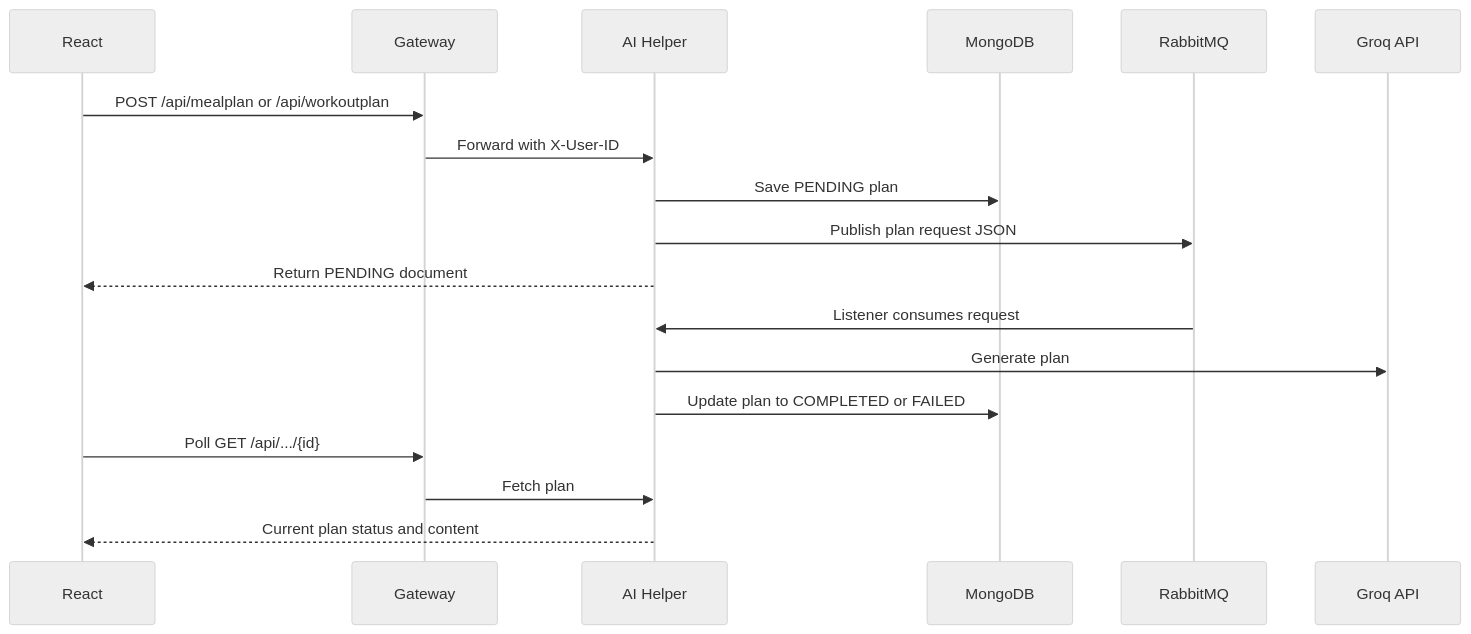
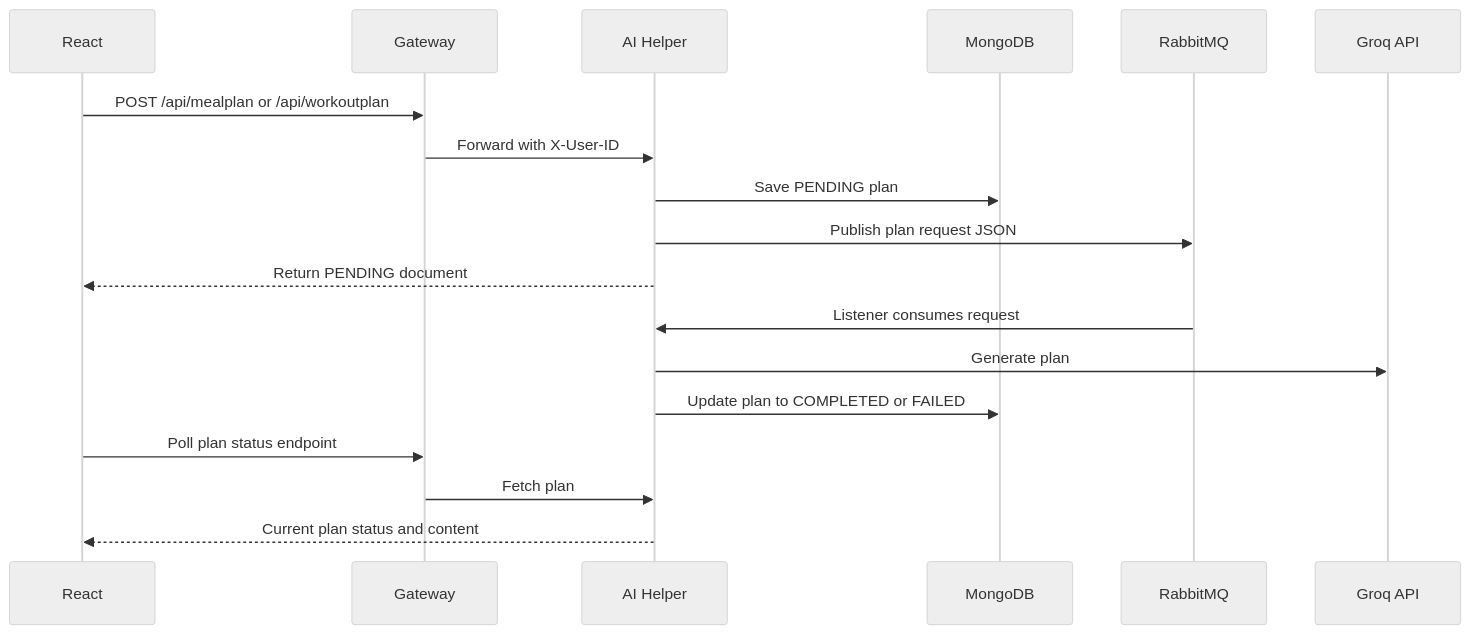
One commit to amandwivedi143/Fitduck changed the third of 3 diagrams in docs/SYSTEM_DESIGN.md. Above: the diagram before and after it, drawn with Mermaid (neutral theme). The commit also changed other lines of this file and 3 other files, not shown here.

````diff
--- a/docs/SYSTEM_DESIGN.md
+++ b/docs/SYSTEM_DESIGN.md
@@ -53,21 +53,21 @@
 ```mermaid
 sequenceDiagram
   participant UI as React
   participant GW as Gateway
   participant Helper as AI Helper
   participant Mongo as MongoDB
   participant Rabbit as RabbitMQ
   participant Groq as Groq API
 
   UI->>GW: POST /api/mealplan or /api/workoutplan
   GW->>Helper: Forward with X-User-ID
   Helper->>Mongo: Save PENDING plan
   Helper->>Rabbit: Publish plan request JSON
   Helper-->>UI: Return PENDING document
   Rabbit->>Helper: Listener consumes request
   Helper->>Groq: Generate plan
   Helper->>Mongo: Update plan to COMPLETED or FAILED
-  UI->>GW: Poll GET /api/.../{id}
+  UI->>GW: Poll plan status endpoint
   GW->>Helper: Fetch plan
   Helper-->>UI: Current plan status and content
 ```
````
